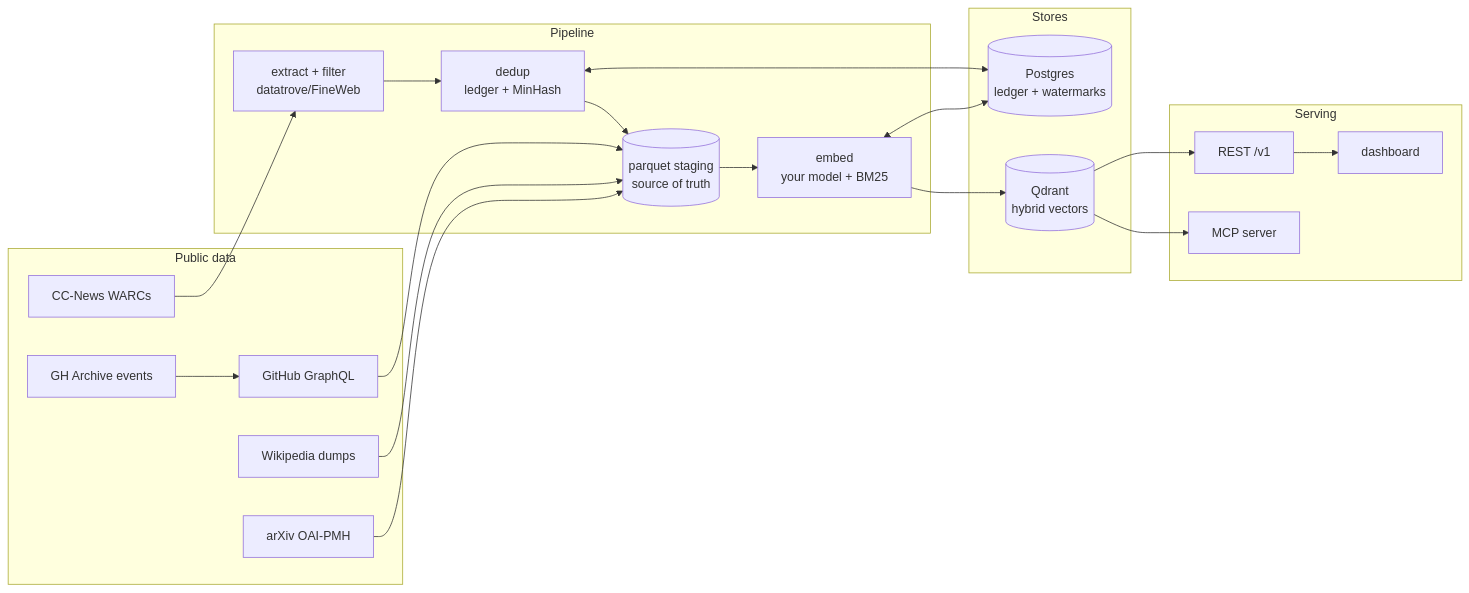
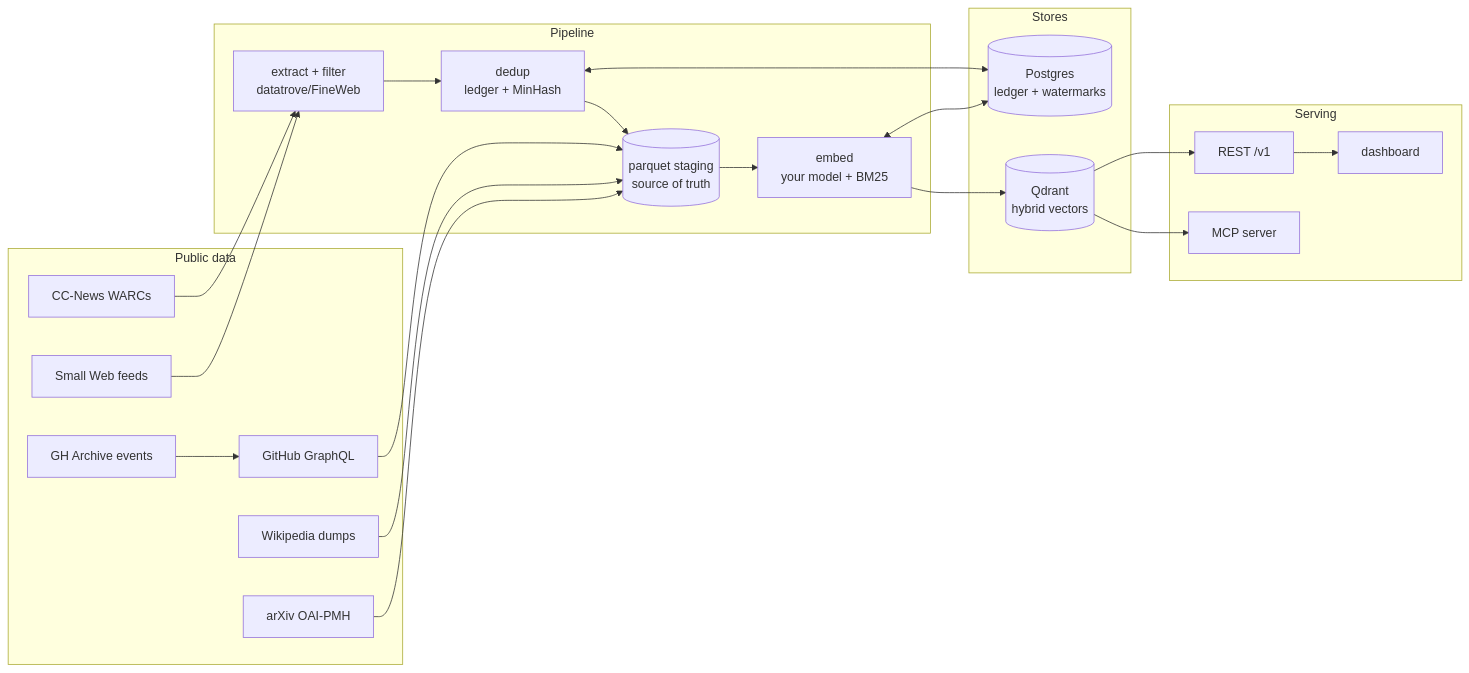
One commit to stevemurr/windex changed the diagram in README.md. Above: the diagram before and after it, drawn with Mermaid. The commit also changed other lines of this file and 25 other files, not shown here.

````diff
--- a/README.md
+++ b/README.md
@@ -42,33 +53,35 @@
 ```mermaid
 flowchart LR
     subgraph sources [Public data]
         CC[CC-News WARCs]
         GHA[GH Archive events]
         GH[GitHub GraphQL]
         WK[Wikipedia dumps]
         AX[arXiv OAI-PMH]
+        SW[Small Web feeds]
     end
     subgraph pipeline [Pipeline]
         EX[extract + filter<br/>datatrove/FineWeb]
         DD[dedup<br/>ledger + MinHash]
         PQ[(parquet staging<br/>source of truth)]
         EM[embed<br/>your model + BM25]
     end
     subgraph stores [Stores]
         PG[(Postgres<br/>ledger + watermarks)]
         QD[(Qdrant<br/>hybrid vectors)]
     end
     subgraph serving [Serving]
         API[REST /v1]
         MCP[MCP server]
         DASH[dashboard]
     end
     CC --> EX --> DD --> PQ --> EM --> QD
     GHA --> GH --> PQ
     WK --> PQ
     AX --> PQ
+    SW --> EX
     DD <--> PG
     EM <--> PG
     QD --> API --> DASH
     QD --> MCP
 ```
````
